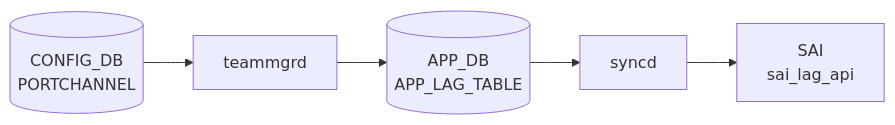
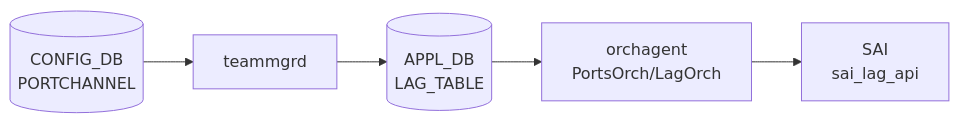
The diagram in docs/reference/config-db/portchannel.md (aoki-taquan/sonic-unofficial-docs), drawn with Mermaid before and after one commit. The commit also changed 16 other files, not shown here.

````diff
--- a/docs/reference/config-db/portchannel.md
+++ b/docs/reference/config-db/portchannel.md
@@ -32,12 +32,12 @@
 ```mermaid
 flowchart LR
   CDB[("CONFIG_DB<br/>PORTCHANNEL")]
-  DM["teammgrd"]
-  CDB --> DM
-  APPDB[("APP_DB<br/>APP_LAG_TABLE")]
-  DM --> APPDB
-  SYNCD["syncd"]
-  APPDB --> SYNCD
+  TMGRD["teammgrd"]
+  CDB --> TMGRD
+  APPDB[("APPL_DB<br/>LAG_TABLE")]
+  TMGRD --> APPDB
+  ORCH["orchagent<br/>PortsOrch/LagOrch"]
+  APPDB --> ORCH
   SAI["SAI<br/>sai_lag_api"]
-  SYNCD --> SAI
+  ORCH --> SAI
 ```
````
